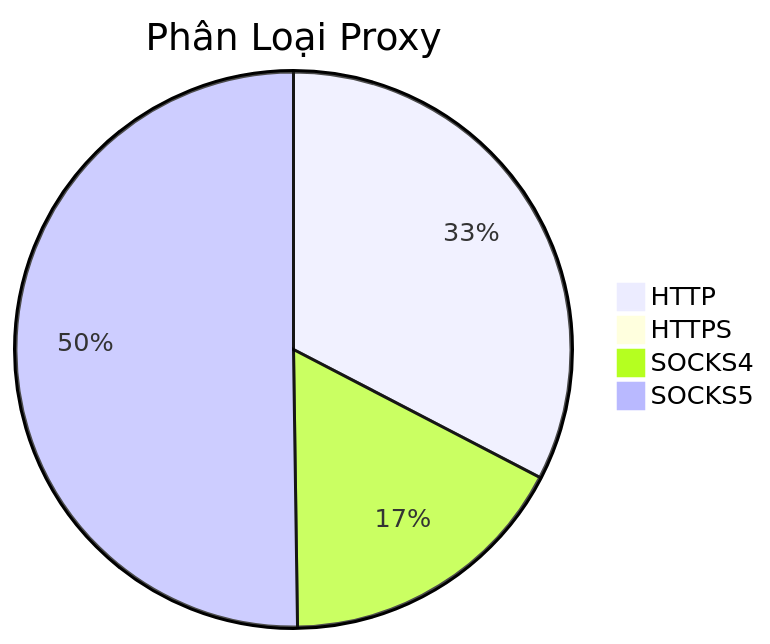
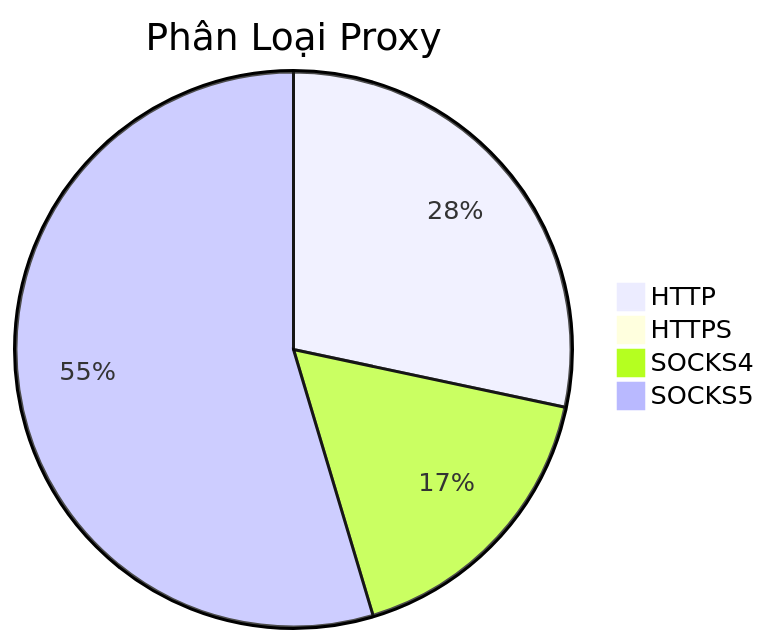
One commit to Ciara-Aa/PROXY-free changed the diagram in README.md. Above: the diagram before and after it, drawn with Mermaid. The commit also changed other lines of this file and 4 other files, not shown here.

````diff
--- a/README.md
+++ b/README.md
@@ -26,7 +26,7 @@
 ```mermaid
 pie title Phân Loại Proxy
-    "HTTP" : 352
-    "HTTPS" : 1
-    "SOCKS4" : 185
-    "SOCKS5" : 542
+    "HTTP" : 389
+    "HTTPS" : 3
+    "SOCKS4" : 234
+    "SOCKS5" : 750
 ```
````
